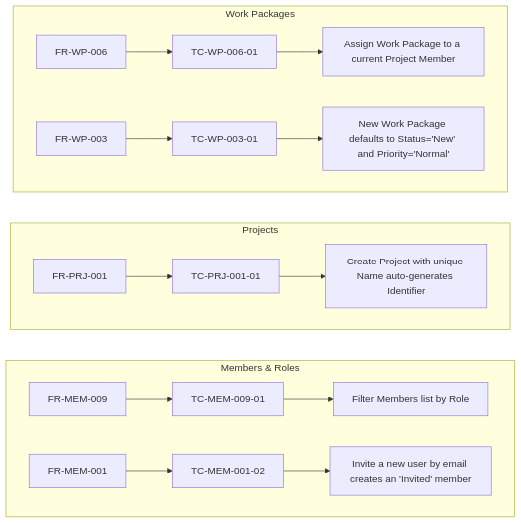
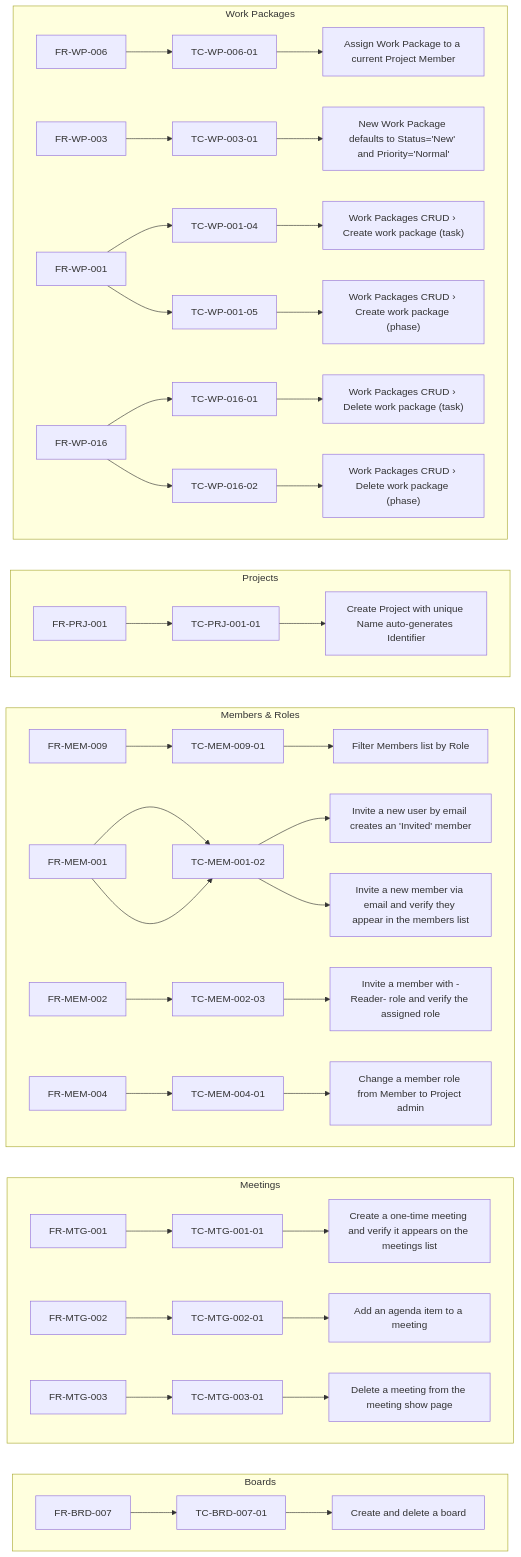
Before and after one commit to Top-Q/playwright-typescript: the fourth of 4 diagrams in specs/product/vault/Dashboard.md, drawn with Mermaid. The commit also changed other lines of this file and 31 other files, not shown here.

````diff
--- a/specs/product/vault/Dashboard.md
+++ b/specs/product/vault/Dashboard.md
@@ -65,18 +66,35 @@
 ```mermaid
 flowchart LR
+    subgraph M_boards["Boards"]
+        direction LR
+        R_FR_BRD_007["FR-BRD-007"] --> C_TC_BRD_007_01["TC-BRD-007-01"] --> T_Create_and_delete_a_board["Create and delete a board"]
+    end
+    subgraph M_meetings["Meetings"]
+        direction LR
+        R_FR_MTG_001["FR-MTG-001"] --> C_TC_MTG_001_01["TC-MTG-001-01"] --> T_Create_a_one_time_meeting_and_verify_it_appears_on_the_meetings_list["Create a one-time meeting and verify it appears on the meetings list"]
+        R_FR_MTG_002["FR-MTG-002"] --> C_TC_MTG_002_01["TC-MTG-002-01"] --> T_Add_an_agenda_item_to_a_meeting["Add an agenda item to a meeting"]
+        R_FR_MTG_003["FR-MTG-003"] --> C_TC_MTG_003_01["TC-MTG-003-01"] --> T_Delete_a_meeting_from_the_meeting_show_page["Delete a meeting from the meeting show page"]
+    end
     subgraph M_members_roles["Members & Roles"]
         direction LR
         R_FR_MEM_009["FR-MEM-009"] --> C_TC_MEM_009_01["TC-MEM-009-01"] --> T_Filter_Members_list_by_Role["Filter Members list by Role"]
         R_FR_MEM_001["FR-MEM-001"] --> C_TC_MEM_001_02["TC-MEM-001-02"] --> T_Invite_a_new_user_by_email_creates_an__Invited__member["Invite a new user by email creates an 'Invited' member"]
+        R_FR_MEM_001["FR-MEM-001"] --> C_TC_MEM_001_02["TC-MEM-001-02"] --> T_Invite_a_new_member_via_email_and_verify_they_appear_in_the_members_list["Invite a new member via email and verify they appear in the members list"]
+        R_FR_MEM_002["FR-MEM-002"] --> C_TC_MEM_002_03["TC-MEM-002-03"] --> T_Invite_a_member_with__Reader__role_and_verify_the_assigned_role["Invite a member with -Reader- role and verify the assigned role"]
+        R_FR_MEM_004["FR-MEM-004"] --> C_TC_MEM_004_01["TC-MEM-004-01"] --> T_Change_a_member_role_from_Member_to_Project_admin["Change a member role from Member to Project admin"]
     end
     subgraph M_projects["Projects"]
         direction LR
         R_FR_PRJ_001["FR-PRJ-001"] --> C_TC_PRJ_001_01["TC-PRJ-001-01"] --> T_Create_Project_with_unique_Name_auto_generates_Identifier["Create Project with unique Name auto-generates Identifier"]
     end
     subgraph M_work_packages["Work Packages"]
         direction LR
         R_FR_WP_006["FR-WP-006"] --> C_TC_WP_006_01["TC-WP-006-01"] --> T_Assign_Work_Package_to_a_current_Project_Member["Assign Work Package to a current Project Member"]
         R_FR_WP_003["FR-WP-003"] --> C_TC_WP_003_01["TC-WP-003-01"] --> T_New_Work_Package_defaults_to_Status__New__and_Priority__Normal_["New Work Package defaults to Status='New' and Priority='Normal'"]
+        R_FR_WP_001["FR-WP-001"] --> C_TC_WP_001_04["TC-WP-001-04"] --> T_Work_Packages_CRUD___Create_work_package__task_["Work Packages CRUD › Create work package (task)"]
+        R_FR_WP_016["FR-WP-016"] --> C_TC_WP_016_01["TC-WP-016-01"] --> T_Work_Packages_CRUD___Delete_work_package__task_["Work Packages CRUD › Delete work package (task)"]
+        R_FR_WP_001["FR-WP-001"] --> C_TC_WP_001_05["TC-WP-001-05"] --> T_Work_Packages_CRUD___Create_work_package__phase_["Work Packages CRUD › Create work package (phase)"]
+        R_FR_WP_016["FR-WP-016"] --> C_TC_WP_016_02["TC-WP-016-02"] --> T_Work_Packages_CRUD___Delete_work_package__phase_["Work Packages CRUD › Delete work package (phase)"]
     end
-    class R_FR_MEM_009,C_TC_MEM_009_01,T_Filter_Members_list_by_Role,R_FR_MEM_001,C_TC_MEM_001_02,T_Invite_a_new_user_by_email_creates_an__Invited__member,R_FR_PRJ_001,C_TC_PRJ_001_01,T_Create_Project_with_unique_Name_auto_generates_Identifier,R_FR_WP_006,C_TC_WP_006_01,T_Assign_Work_Package_to_a_current_Project_Member,R_FR_WP_003,C_TC_WP_003_01,T_New_Work_Package_defaults_to_Status__New__and_Priority__Normal_ internal-link;
+    class R_FR_BRD_007,C_TC_BRD_007_01,T_Create_and_delete_a_board,R_FR_MTG_001,C_TC_MTG_001_01,T_Create_a_one_time_meeting_and_verify_it_appears_on_the_meetings_list,R_FR_MTG_002,C_TC_MTG_002_01,T_Add_an_agenda_item_to_a_meeting,R_FR_MTG_003,C_TC_MTG_003_01,T_Delete_a_meeting_from_the_meeting_show_page,R_FR_MEM_009,C_TC_MEM_009_01,T_Filter_Members_list_by_Role,R_FR_MEM_001,C_TC_MEM_001_02,T_Invite_a_new_user_by_email_creates_an__Invited__member,T_Invite_a_new_member_via_email_and_verify_they_appear_in_the_members_list,R_FR_MEM_002,C_TC_MEM_002_03,T_Invite_a_member_with__Reader__role_and_verify_the_assigned_role,R_FR_MEM_004,C_TC_MEM_004_01,T_Change_a_member_role_from_Member_to_Project_admin,R_FR_PRJ_001,C_TC_PRJ_001_01,T_Create_Project_with_unique_Name_auto_generates_Identifier,R_FR_WP_006,C_TC_WP_006_01,T_Assign_Work_Package_to_a_current_Project_Member,R_FR_WP_003,C_TC_WP_003_01,T_New_Work_Package_defaults_to_Status__New__and_Priority__Normal_,R_FR_WP_001,C_TC_WP_001_04,T_Work_Packages_CRUD___Create_work_package__task_,R_FR_WP_016,C_TC_WP_016_01,T_Work_Packages_CRUD___Delete_work_package__task_,C_TC_WP_001_05,T_Work_Packages_CRUD___Create_work_package__phase_,C_TC_WP_016_02,T_Work_Packages_CRUD___Delete_work_package__phase_ internal-link;
 ```
````
